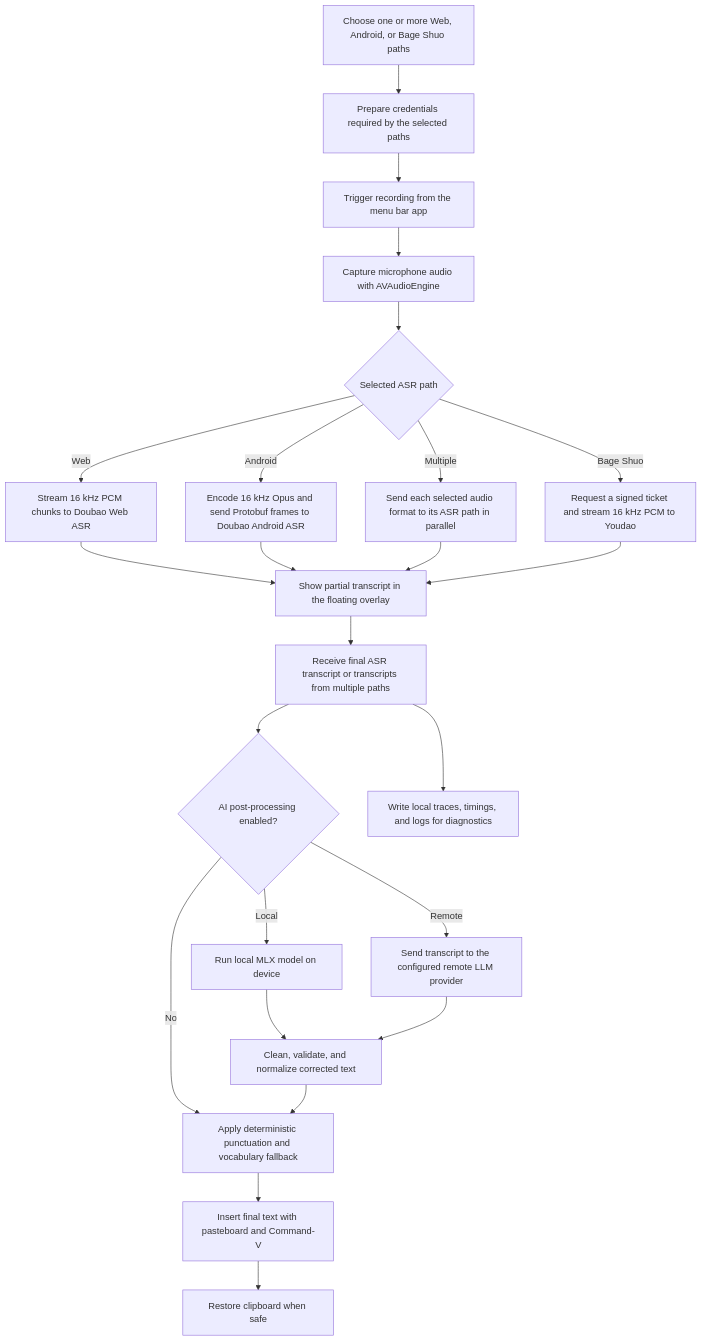
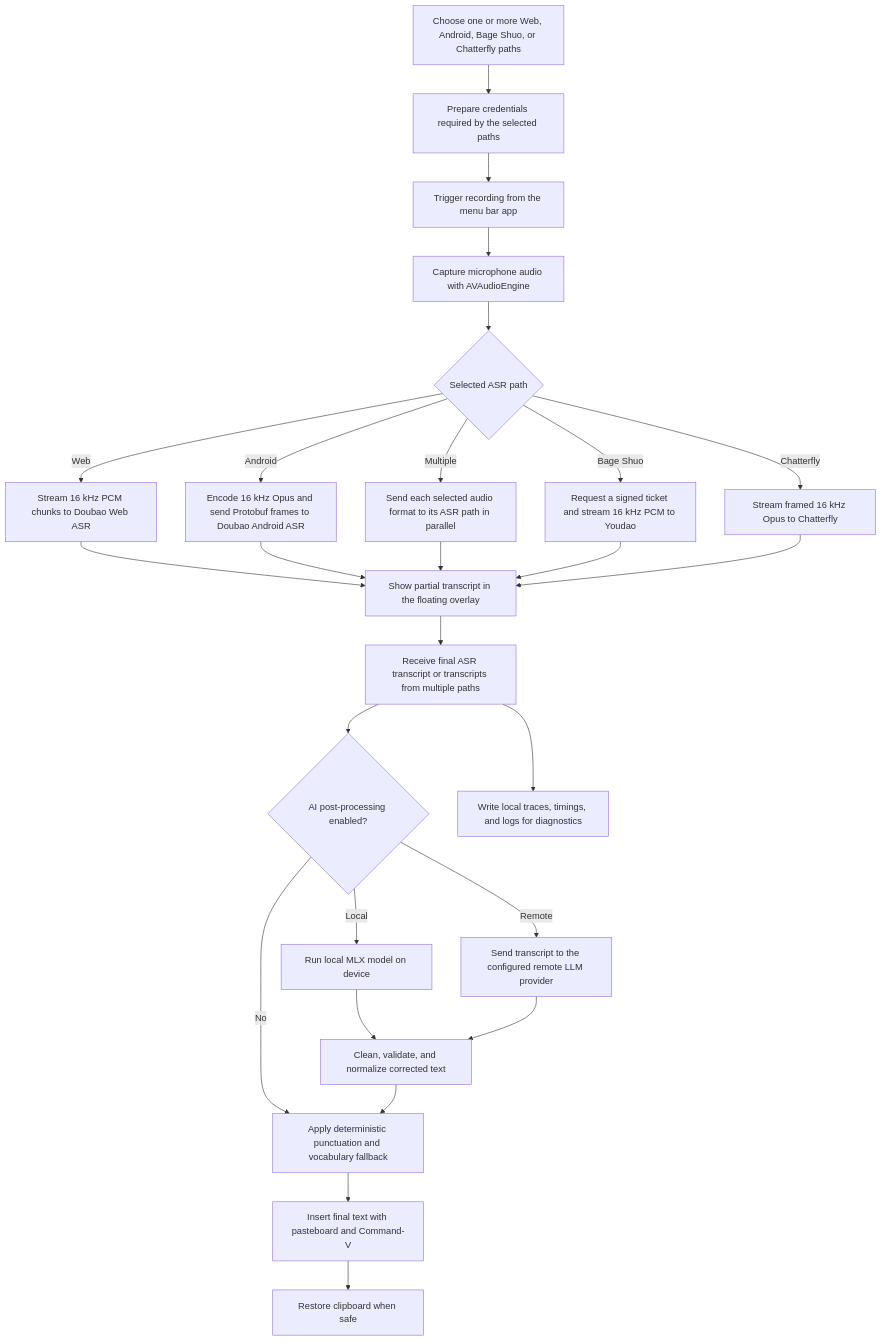
One commit to rhinoc/douvo changed the diagram in README.md. Above: the diagram before and after it, drawn with Mermaid. The commit also changed other lines of this file and 30 other files, not shown here.

````diff
--- a/README.md
+++ b/README.md
@@ -102,26 +104,28 @@
 ```mermaid
 flowchart TD
-    A[Choose one or more Web, Android, or Bage Shuo paths] --> B[Prepare credentials required by the selected paths]
+    A[Choose one or more Web, Android, Bage Shuo, or Chatterfly paths] --> B[Prepare credentials required by the selected paths]
     B --> C[Trigger recording from the menu bar app]
     C --> D[Capture microphone audio with AVAudioEngine]
     D --> E{Selected ASR path}
     E -- Web --> F[Stream 16 kHz PCM chunks to Doubao Web ASR]
     E -- Android --> G[Encode 16 kHz Opus and send Protobuf frames to Doubao Android ASR]
     E -- Multiple --> H[Send each selected audio format to its ASR path in parallel]
     E -- Bage Shuo --> I[Request a signed ticket and stream 16 kHz PCM to Youdao]
+    E -- Chatterfly --> J[Stream framed 16 kHz Opus to Chatterfly]
     F --> K[Show partial transcript in the floating overlay]
     G --> K
     H --> K
     I --> K
+    J --> K
     K --> L[Receive final ASR transcript or transcripts from multiple paths]
     L --> M{AI post-processing enabled?}
     M -- No --> P[Apply deterministic punctuation and vocabulary fallback]
     M -- Local --> N[Run local MLX model on device]
     M -- Remote --> O[Send transcript to the configured remote LLM provider]
     N --> Q[Clean, validate, and normalize corrected text]
     O --> Q
     Q --> P
     P --> R[Insert final text with pasteboard and Command-V]
     R --> S[Restore clipboard when safe]
     L --> T[Write local traces, timings, and logs for diagnostics]
 ```
````
